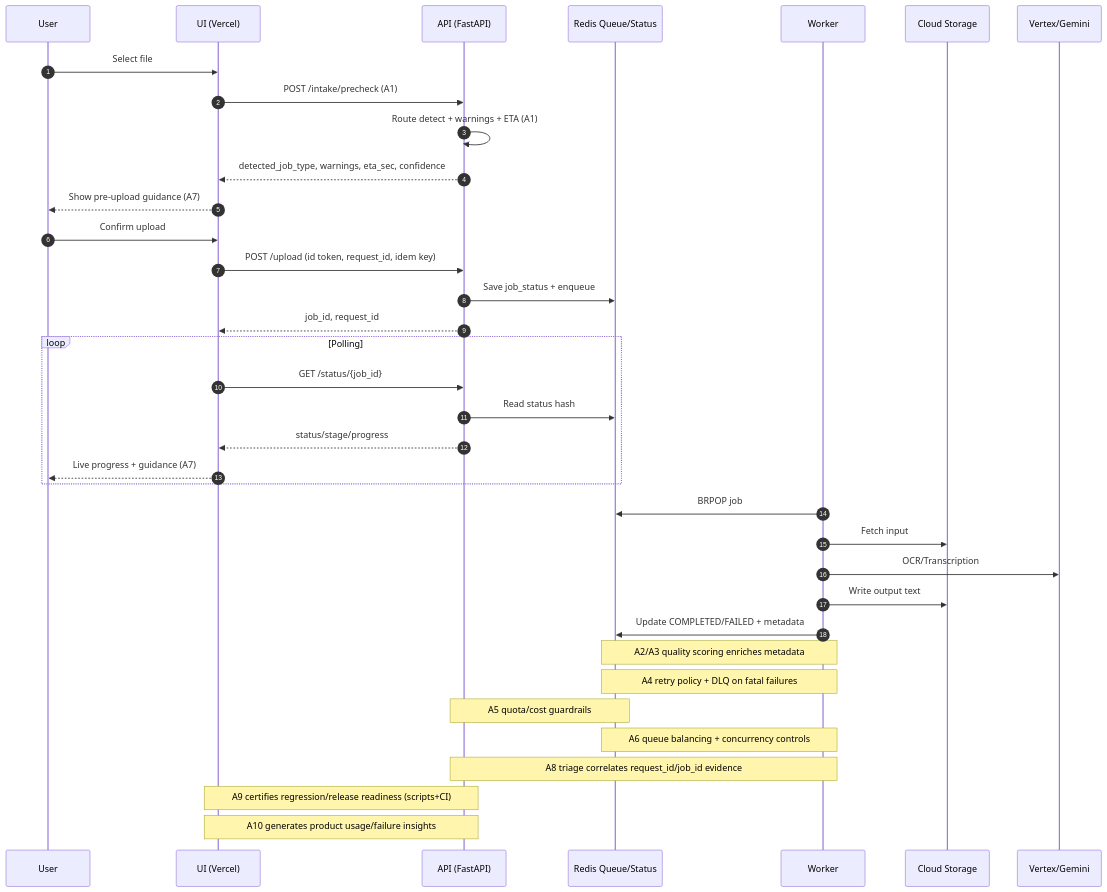
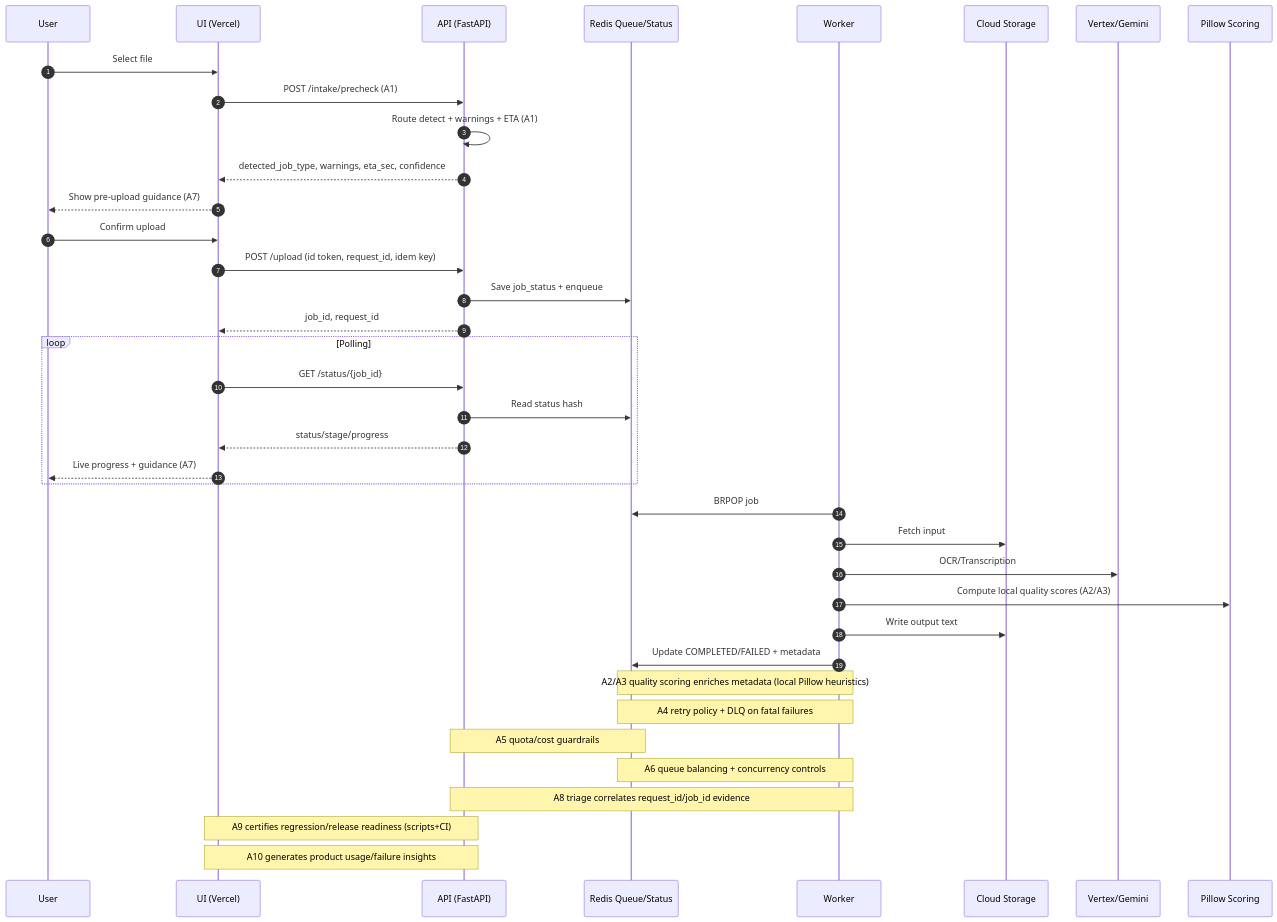
The third of 3 diagrams in LINKEDIN_ARTICLE_DRAFT.md (arpit-jain-mygit/doc-transcribe-ui), drawn with Mermaid before and after one commit. The commit also changed other lines of this file and 11 other files, not shown here.

````diff
--- a/LINKEDIN_ARTICLE_DRAFT.md
+++ b/LINKEDIN_ARTICLE_DRAFT.md
@@ -191,43 +195,45 @@
 ```mermaid
 sequenceDiagram
   autonumber
   participant User as User
   participant UI as UI (Vercel)
   participant API as API (FastAPI)
   participant Redis as Redis Queue/Status
   participant Worker as Worker
   participant GCS as Cloud Storage
   participant Vertex as Vertex/Gemini
+  participant Pillow as Pillow Scoring
 
   User->>UI: Select file
   UI->>API: POST /intake/precheck (A1)
   API->>API: Route detect + warnings + ETA (A1)
   API-->>UI: detected_job_type, warnings, eta_sec, confidence
   UI-->>User: Show pre-upload guidance (A7)
 
   User->>UI: Confirm upload
   UI->>API: POST /upload (id token, request_id, idem key)
   API->>Redis: Save job_status + enqueue
   API-->>UI: job_id, request_id
 
   loop Polling
     UI->>API: GET /status/{job_id}
     API->>Redis: Read status hash
     API-->>UI: status/stage/progress
     UI-->>User: Live progress + guidance (A7)
   end
 
   Worker->>Redis: BRPOP job
   Worker->>GCS: Fetch input
   Worker->>Vertex: OCR/Transcription
+  Worker->>Pillow: Compute local quality scores (A2/A3)
   Worker->>GCS: Write output text
   Worker->>Redis: Update COMPLETED/FAILED + metadata
 
-  Note over Worker,Redis: A2/A3 quality scoring enriches metadata
+  Note over Worker,Redis: A2/A3 quality scoring enriches metadata (local Pillow heuristics)
   Note over Worker,Redis: A4 retry policy + DLQ on fatal failures
   Note over API,Redis: A5 quota/cost guardrails
   Note over Worker,Redis: A6 queue balancing + concurrency controls
   Note over API,Worker: A8 triage correlates request_id/job_id evidence
   Note over UI,API: A9 certifies regression/release readiness (scripts+CI)
   Note over API,UI: A10 generates product usage/failure insights
 ```
````
